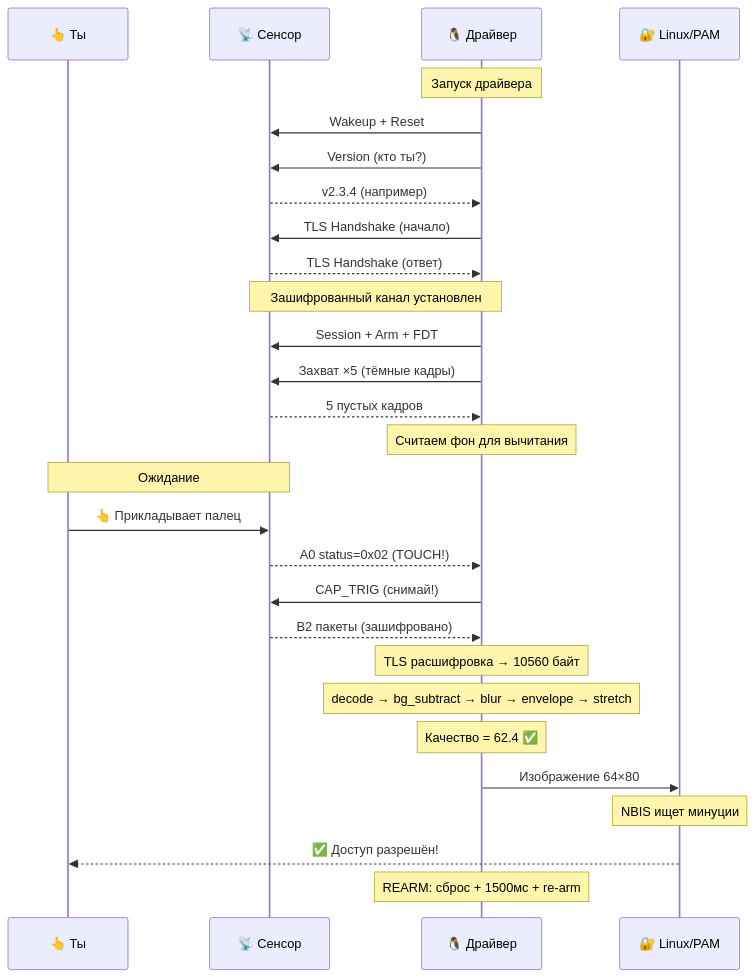
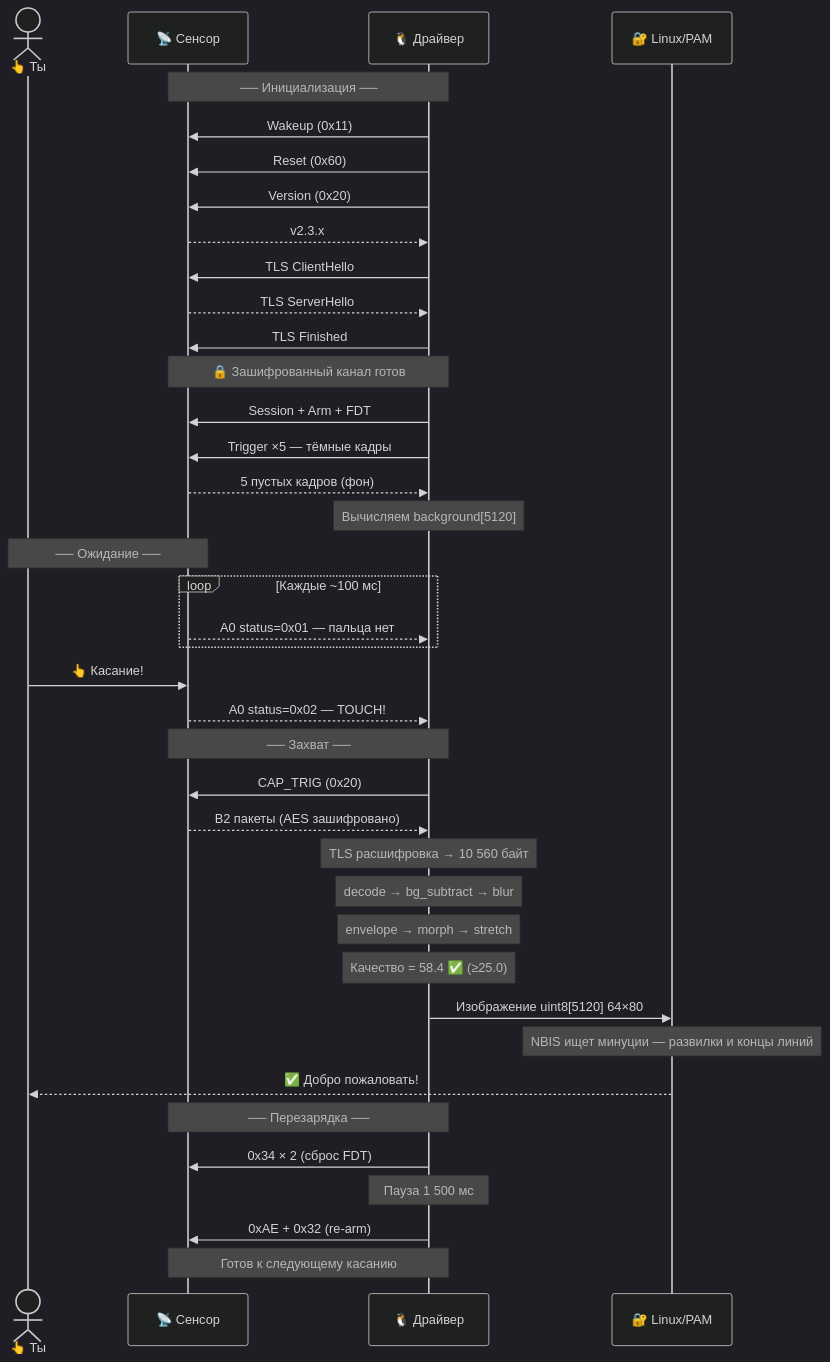
One commit to mrcook1e-ai/goodix-gm168 changed diagram 13 of 13 in DIAGRAM_RU.md. Above: the diagram before and after it, drawn with Mermaid. The commit also changed other lines of this file, not shown here.

````diff
--- a/DIAGRAM_RU.md
+++ b/DIAGRAM_RU.md
@@ -381,36 +383,49 @@
 ```mermaid
+%%{init: {'theme': 'dark'}}%%
 sequenceDiagram
-    participant U as 👆 Ты
+    actor U as 👆 Ты
     participant S as 📡 Сенсор
     participant D as 🐧 Драйвер
     participant L as 🔐 Linux/PAM
 
-    Note over D: Запуск драйвера
-    D->>S: Wakeup + Reset
-    D->>S: Version (кто ты?)
-    S-->>D: v2.3.4 (например)
-    D->>S: TLS Handshake (начало)
-    S-->>D: TLS Handshake (ответ)
-    Note over D,S: Зашифрованный канал установлен
+    Note over D,S: ── Инициализация ──
+    D->>S: Wakeup (0x11)
+    D->>S: Reset (0x60)
+    D->>S: Version (0x20)
+    S-->>D: v2.3.x
+    D->>S: TLS ClientHello
+    S-->>D: TLS ServerHello
+    D->>S: TLS Finished
+    Note over D,S: 🔒 Зашифрованный канал готов
     D->>S: Session + Arm + FDT
-    D->>S: Захват ×5 (тёмные кадры)
-    S-->>D: 5 пустых кадров
-    Note over D: Считаем фон для вычитания
+    D->>S: Trigger ×5 — тёмные кадры
+    S-->>D: 5 пустых кадров (фон)
+    Note over D: Вычисляем background[5120]
 
-    Note over U,S: Ожидание
+    Note over U,S: ── Ожидание ──
+    loop Каждые ~100 мс
+        S-->>D: A0 status=0x01 — пальца нет
+    end
 
-    U->>S: 👆 Прикладывает палец
-    S-->>D: A0 status=0x02 (TOUCH!)
+    U->>S: 👆 Касание!
+    S-->>D: A0 status=0x02 — TOUCH!
 
-    D->>S: CAP_TRIG (снимай!)
-    S-->>D: B2 пакеты (зашифровано)
-    Note over D: TLS расшифровка → 10560 байт
-    Note over D: decode → bg_subtract → blur → envelope → stretch
-    Note over D: Качество = 62.4 ✅
+    Note over D,S: ── Захват ──
+    D->>S: CAP_TRIG (0x20)
+    S-->>D: B2 пакеты (AES зашифровано)
+    Note over D: TLS расшифровка → 10 560 байт
 
-    D->>L: Изображение 64×80
-    Note over L: NBIS ищет минуции
-    L-->>U: ✅ Доступ разрешён!
+    Note over D: decode → bg_subtract → blur
+    Note over D: envelope → morph → stretch
+    Note over D: Качество = 58.4 ✅ (≥25.0)
 
-    Note over D: REARM: сброс + 1500мс + re-arm
+    D->>L: Изображение uint8[5120] 64×80
+    Note over L: NBIS ищет минуции — развилки и концы линий
+    L-->>U: ✅ Добро пожаловать!
+
+    Note over D,S: ── Перезарядка ──
+    D->>S: 0x34 × 2 (сброс FDT)
+    Note over D: Пауза 1 500 мс
+    D->>S: 0xAE + 0x32 (re-arm)
+    Note over D,S: Готов к следующему касанию
 ```
````
